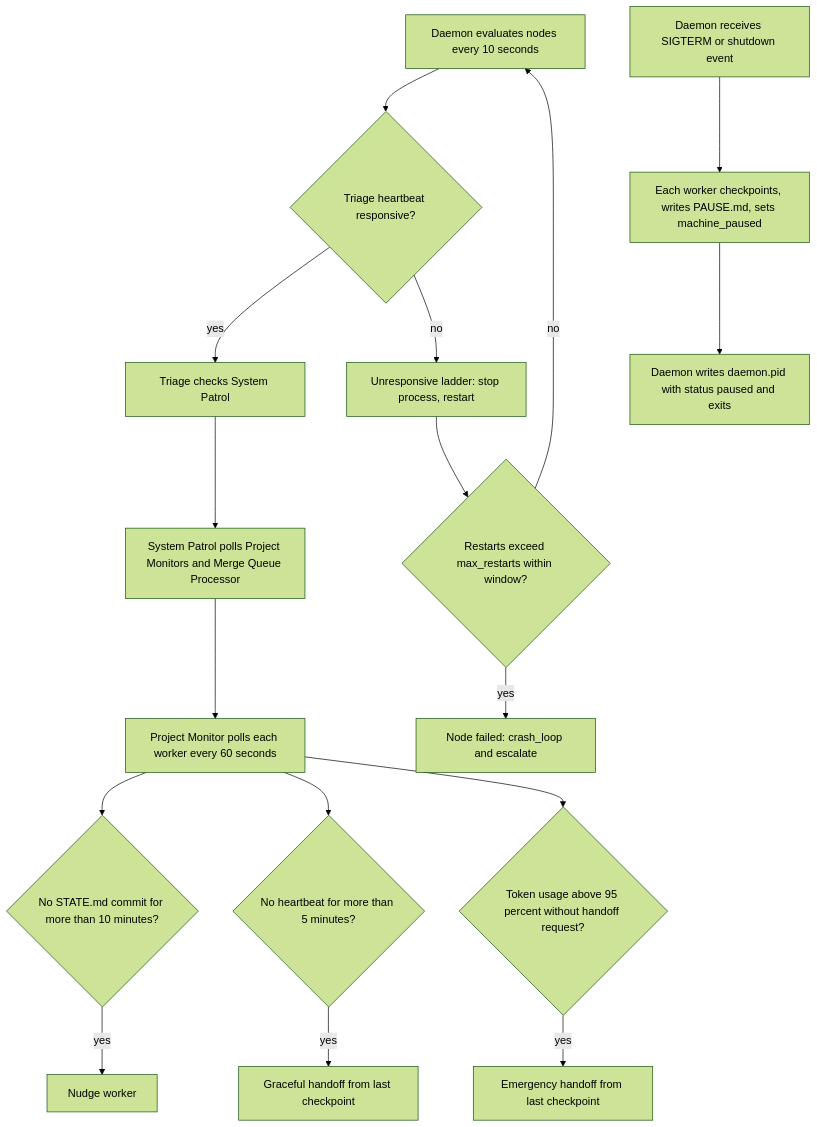
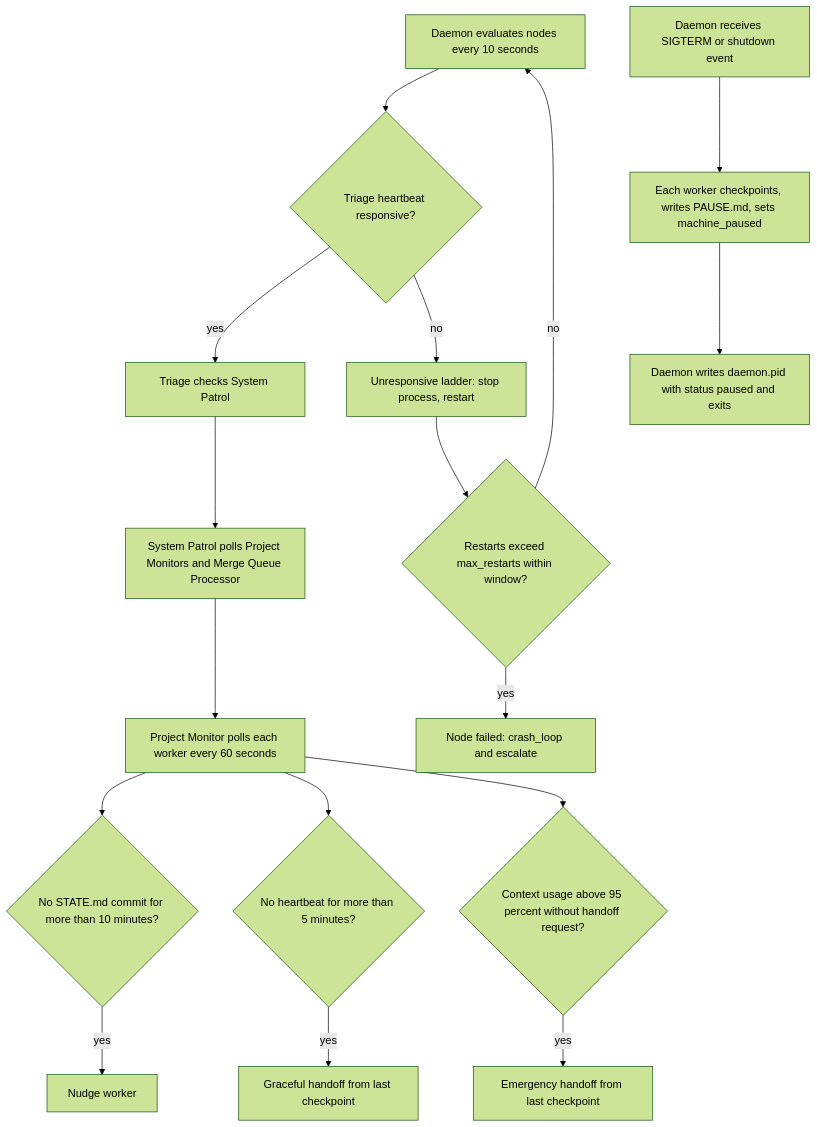
One commit to plaktoz/agentzero-v2-dev changed the diagram in umas/modules/monitoring/monitoring-spec.md. Above: the diagram before and after it, drawn with Mermaid (forest theme). The commit also changed other lines of this file and 36 other files, not shown here.

First line of the commit message:
docs: track token usage only (ADR-0005) and clean up stale references

````diff
--- a/umas/modules/monitoring/monitoring-spec.md
+++ b/umas/modules/monitoring/monitoring-spec.md
@@ -84,19 +84,19 @@
 ```mermaid
 flowchart TD
     S1["Daemon evaluates nodes every 10 seconds"] --> S2{"Triage heartbeat responsive?"}
     S2 -- "yes" --> S3["Triage checks System Patrol"]
     S3 --> S4["System Patrol polls Project Monitors and Merge Queue Processor"]
     S4 --> S5["Project Monitor polls each worker every 60 seconds"]
     S5 --> Q1{"No STATE.md commit for more than 10 minutes?"}
     Q1 -- "yes" --> A1["Nudge worker"]
     S5 --> Q2{"No heartbeat for more than 5 minutes?"}
     Q2 -- "yes" --> A2["Graceful handoff from last checkpoint"]
-    S5 --> Q3{"Token usage above 95 percent without handoff request?"}
+    S5 --> Q3{"Context usage above 95 percent without handoff request?"}
     Q3 -- "yes" --> A3["Emergency handoff from last checkpoint"]
     S2 -- "no" --> U1["Unresponsive ladder: stop process, restart"]
     U1 --> U2{"Restarts exceed max_restarts within window?"}
     U2 -- "no" --> S1
     U2 -- "yes" --> U3["Node failed: crash_loop and escalate"]
     X1["Daemon receives SIGTERM or shutdown event"] --> X2["Each worker checkpoints, writes PAUSE.md, sets machine_paused"]
     X2 --> X3["Daemon writes daemon.pid with status paused and exits"]
 ```
````
